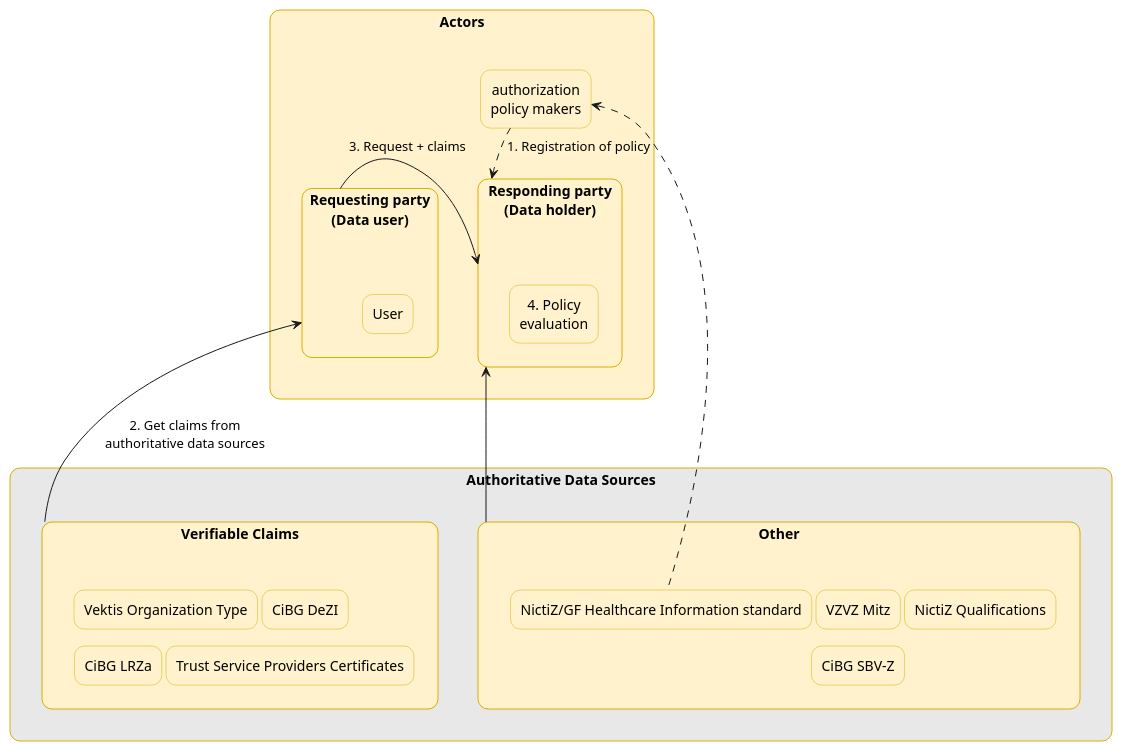
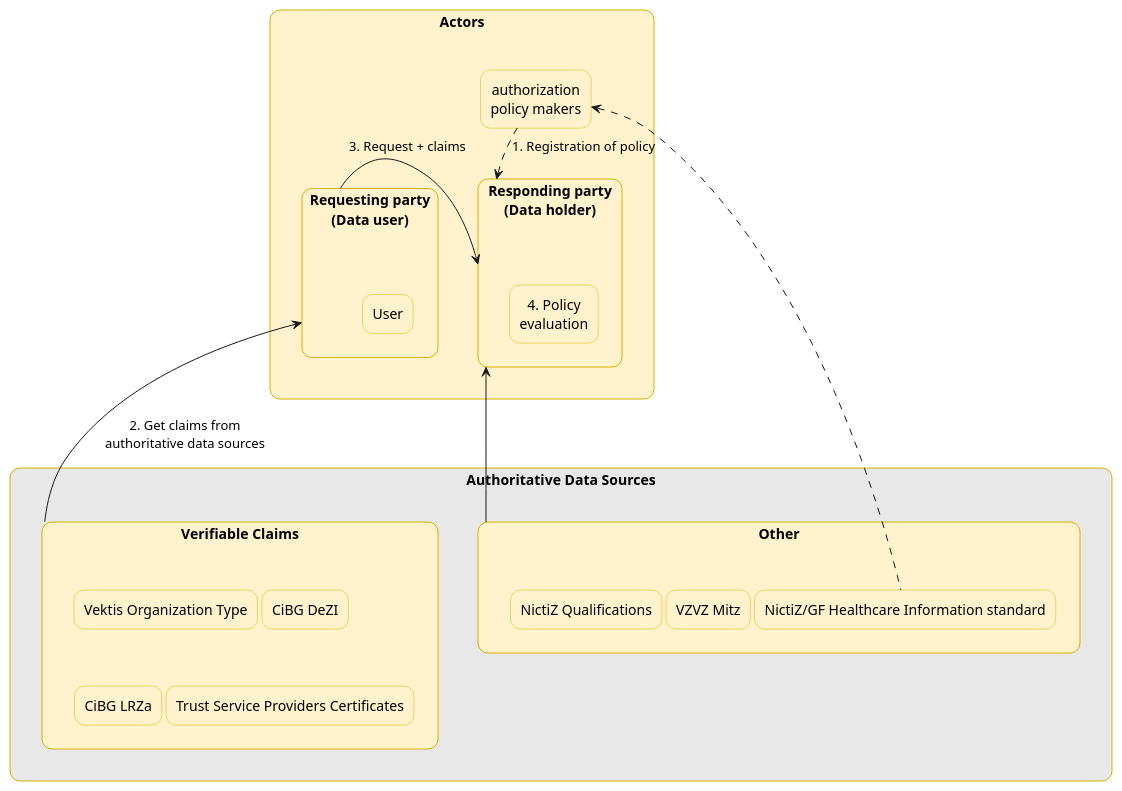
The diagram in input/images-source/authorization-overview-transactions.plantuml (nuts-foundation/nl-generic-functions-ig), drawn with PlantUML before and after one commit. The commit also changed 2 other files, not shown here.

```diff
--- a/input/images-source/authorization-overview-transactions.plantuml
+++ b/input/images-source/authorization-overview-transactions.plantuml
@@ -4,57 +4,56 @@
 @startuml authorization-overview-transactions
 
 skinparam defaultFontName Arial
 skinparam defaultTextAlignment center
 skinparam backgroundColor white
 
 skinparam padding 0
 skinparam nodesep 4
 skinparam ranksep 4
 skinparam roundcorner 20
 
 
 skinparam rectangle {
     BackgroundColor #FFF2CC
     BorderColor #D6B000
 }
 
 rectangle Actors {
     rectangle "authorization\npolicy makers" as policy_makers
     rectangle "**Responding party**\n**(Data holder)**" as responding {
         rectangle "4. Policy\nevaluation" as policy_eval
     }
     rectangle "**Requesting party**\n**(Data user)**" as requesting {
         rectangle "User" as user
     }
 }
 
 ' Flows between main actors
 requesting -right-> responding : "3. Request + claims"
 policy_makers -[dashed]-> responding : "1. Registration of policy"
 
 ' Authoritative data sources
 rectangle "**Authoritative Data Sources**" as authoritativeDataSources #E8E8E8 {
     rectangle "**Verifiable Claims**" as verifiableClaims {
         rectangle "Vektis Organization Type" as vektis
         rectangle "CiBG DeZI" as cibg_dezi
         rectangle "CiBG LRZa" as cibg_lrza
         rectangle "Trust Service Providers Certificates" as trust
     }
 
     rectangle "**Other**" as otherClaims {
         rectangle "NictiZ/GF Healthcare Information standard" as nictiz_std
         rectangle "VZVZ Mitz" as mitz
         rectangle "NictiZ Qualifications" as nictiz_qual
-        rectangle "CiBG SBV-Z" as sbvz
     }
 }
 
 
 ' Connections from data sources
 verifiableClaims -up-> requesting : "2. Get claims from\nauthoritative data sources"
 otherClaims -up-> responding
 
 nictiz_std -[dashed]up-> policy_makers
 
 
 @enduml
```
